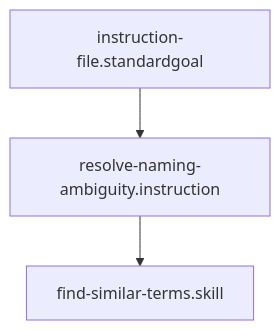
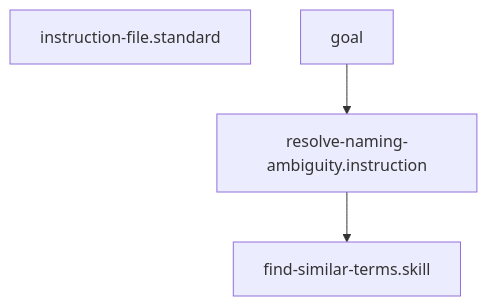
Before and after one commit to Gizmo4Life/ai-kernel: the diagram in instructions/resolve-naming-ambiguity.instruction.md, drawn with Mermaid. The commit also changed other lines of this file and 101 other files, not shown here.

````diff
--- a/instructions/resolve-naming-ambiguity.instruction.md
+++ b/instructions/resolve-naming-ambiguity.instruction.md
@@ -22,5 +22,6 @@
 ```mermaid
 graph TD
-    instruction-file.standardgoal --> resolve-naming-ambiguity.instruction
+    instruction-file.standard
+goal --> resolve-naming-ambiguity.instruction
     resolve-naming-ambiguity.instruction --> find-similar-terms[find-similar-terms.skill]
 ```
````
